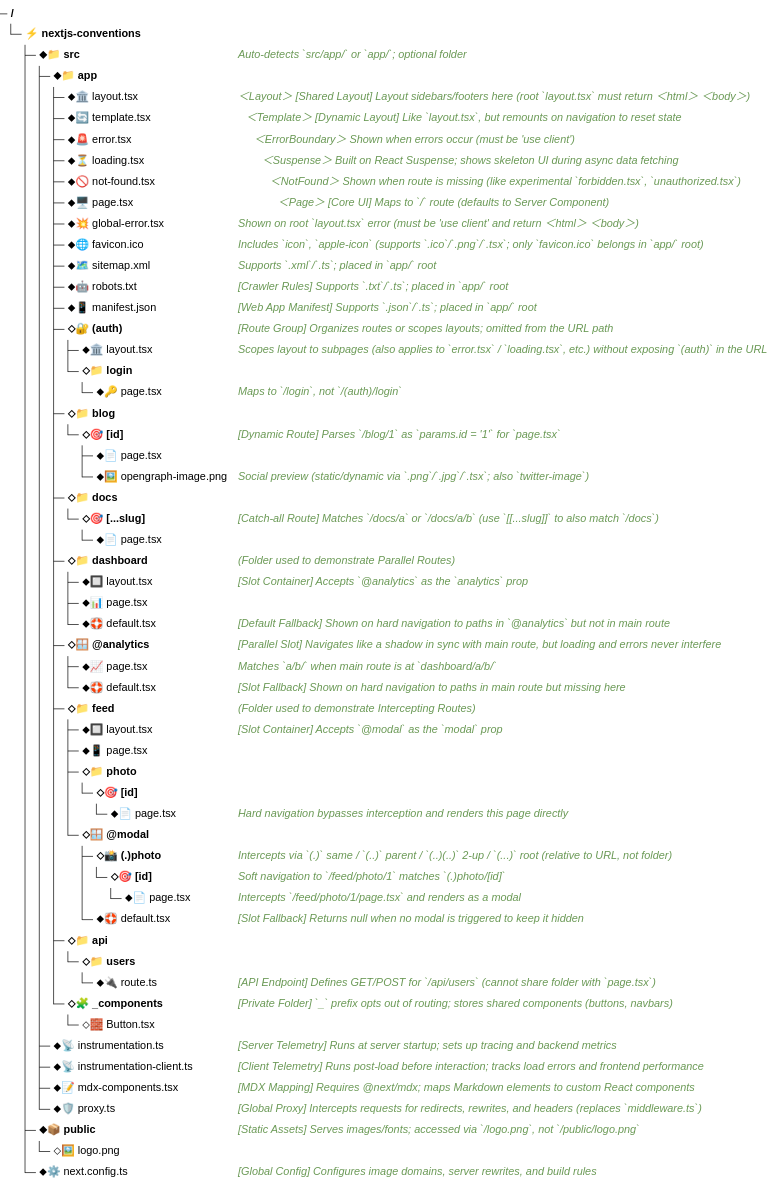
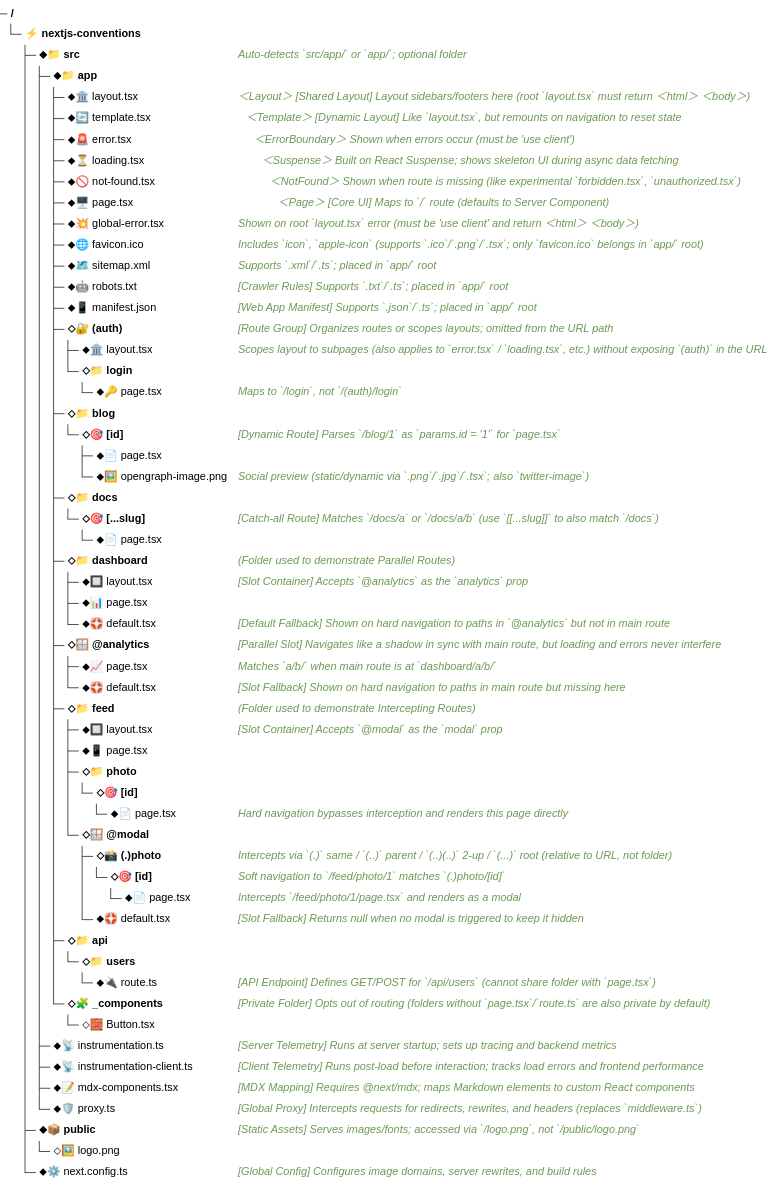
Before and after one commit to moonyoulove/nextjs-conventions-cheatsheet: the diagram in README.md, drawn with Mermaid. The commit also changed 1 other file, not shown here.

Commit message:
docs: refine private folder description for _components

````diff
--- a/README.md
+++ b/README.md
@@ -7,65 +7,65 @@
 ```mermaid
 ---
 config:
   treeView:
     showIcons: false
     rowIndent: 16
     paddingY: 6
 ---
 treeView-beta
 ⚡ nextjs-conventions/
   ⬥📁 src/ ## Auto-detects `src/app/` or `app/`; optional folder
     ⬥📁 app/
       ⬥🏛️ layout.tsx ## ＜Layout＞ [Shared Layout] Layout sidebars/footers here (root `layout.tsx` must return ＜html＞ ＜body＞)
       ⬥🔄 template.tsx ## ⠀＜Template＞ [Dynamic Layout] Like `layout.tsx`, but remounts on navigation to reset state
       ⬥🚨 error.tsx ## ⠀⠀＜ErrorBoundary＞ Shown when errors occur (must be 'use client')
       ⬥⏳ loading.tsx ## ⠀⠀⠀＜Suspense＞ Built on React Suspense; shows skeleton UI during async data fetching
       ⬥🚫 not-found.tsx ## ⠀⠀⠀⠀＜NotFound＞ Shown when route is missing (like experimental `forbidden.tsx`, `unauthorized.tsx`)
       ⬥🖥️ page.tsx ## ⠀⠀⠀⠀⠀＜Page＞ [Core UI] Maps to `/` route (defaults to Server Component)
       ⬥💥 global-error.tsx ## Shown on root `layout.tsx` error (must be 'use client' and return ＜html＞ ＜body＞)
       ⬥🌐 favicon.ico ## Includes `icon`, `apple-icon` (supports `.ico`/`.png`/`.tsx`; only `favicon.ico` belongs in `app/` root)
       ⬥🗺️ sitemap.xml ## Supports `.xml`/`.ts`; placed in `app/` root
       ⬥🤖 robots.txt ## [Crawler Rules] Supports `.txt`/`.ts`; placed in `app/` root
       ⬥📱 manifest.json ## [Web App Manifest] Supports `.json`/`.ts`; placed in `app/` root
       ⬦🔐 (auth)/ ## [Route Group] Organizes routes or scopes layouts; omitted from the URL path
         ⬥🏛️ layout.tsx ## Scopes layout to subpages (also applies to `error.tsx` / `loading.tsx`, etc.) without exposing `(auth)` in the URL
         ⬦📁 login/
           ⬥🔑 page.tsx ## Maps to `/login`, not `/(auth)/login`
       ⬦📁 blog/
         ⬦🎯 [id]/ ## [Dynamic Route] Parses `/blog/1` as `params.id = '1'` for `page.tsx`
           ⬥📄 page.tsx
           ⬥🖼️ opengraph-image.png ## Social preview (static/dynamic via `.png`/`.jpg`/`.tsx`; also `twitter-image`)
       ⬦📁 docs/
         ⬦🎯 [...slug]/ ## [Catch-all Route] Matches `/docs/a` or `/docs/a/b` (use `[[...slug]]` to also match `/docs`)
           ⬥📄 page.tsx
       ⬦📁 dashboard/ ## (Folder used to demonstrate Parallel Routes)
         ⬥🔲 layout.tsx ## [Slot Container] Accepts `@analytics` as the `analytics` prop
         ⬥📊 page.tsx
         ⬥🛟 default.tsx ## [Default Fallback] Shown on hard navigation to paths in `@analytics` but not in main route
       ⬦🪟 @analytics/ ## [Parallel Slot] Navigates like a shadow in sync with main route, but loading and errors never interfere
           ⬥📈 page.tsx ## Matches `a/b/` when main route is at `dashboard/a/b/`
           ⬥🛟 default.tsx ## [Slot Fallback] Shown on hard navigation to paths in main route but missing here
       ⬦📁 feed/ ## (Folder used to demonstrate Intercepting Routes)
         ⬥🔲 layout.tsx ## [Slot Container] Accepts `@modal` as the `modal` prop
         ⬥📱 page.tsx
         ⬦📁 photo/
           ⬦🎯 [id]/
             ⬥📄 page.tsx ## Hard navigation bypasses interception and renders this page directly
         ⬦🪟 @modal/
           ⬦📸 (.)photo/ ## Intercepts via `(.)` same / `(..)` parent / `(..)(..)` 2-up / `(...)` root (relative to URL, not folder)
             ⬦🎯 [id]/ ## Soft navigation to `/feed/photo/1` matches `(.)photo/[id]`
               ⬥📄 page.tsx ## Intercepts `/feed/photo/1/page.tsx` and renders as a modal
           ⬥🛟 default.tsx ## [Slot Fallback] Returns null when no modal is triggered to keep it hidden
       ⬦📁 api/
         ⬦📁 users/
           ⬥🔌 route.ts ## [API Endpoint] Defines GET/POST for `/api/users` (cannot share folder with `page.tsx`)
-      ⬦🧩 _components/ ## [Private Folder] `_` prefix opts out of routing; stores shared components (buttons, navbars)
+      ⬦🧩 _components/ ## [Private Folder] Opts out of routing (folders without `page.tsx`/`route.ts` are also private by default)
         ⬦🧱 Button.tsx
     ⬥📡 instrumentation.ts ## [Server Telemetry] Runs at server startup; sets up tracing and backend metrics
     ⬥📡 instrumentation-client.ts ## [Client Telemetry] Runs post-load before interaction; tracks load errors and frontend performance
     ⬥📝 mdx-components.tsx ## [MDX Mapping] Requires @next/mdx; maps Markdown elements to custom React components
     ⬥🛡️ proxy.ts ## [Global Proxy] Intercepts requests for redirects, rewrites, and headers (replaces `middleware.ts`)
   ⬥📦 public/ ## [Static Assets] Serves images/fonts; accessed via `/logo.png`, not `/public/logo.png`
     ⬦🖼️ logo.png
   ⬥⚙️ next.config.ts ## [Global Config] Configures image domains, server rewrites, and build rules
 ```
````
